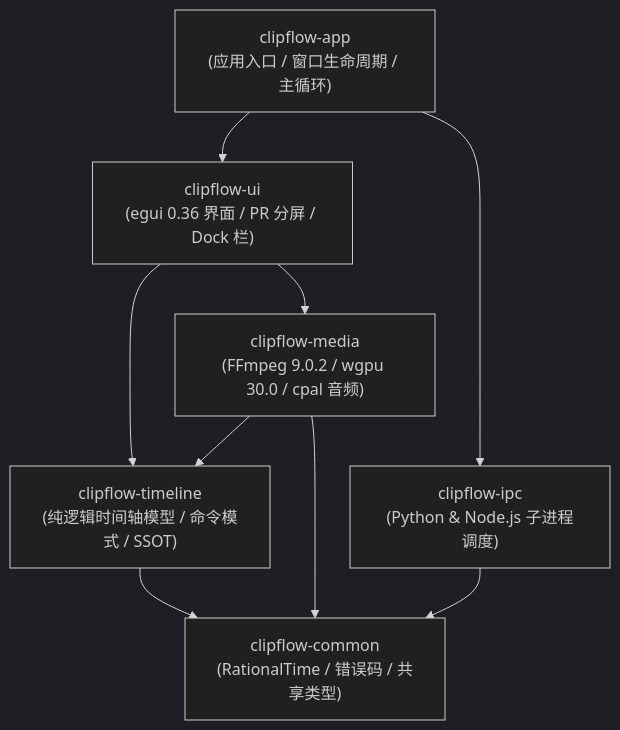
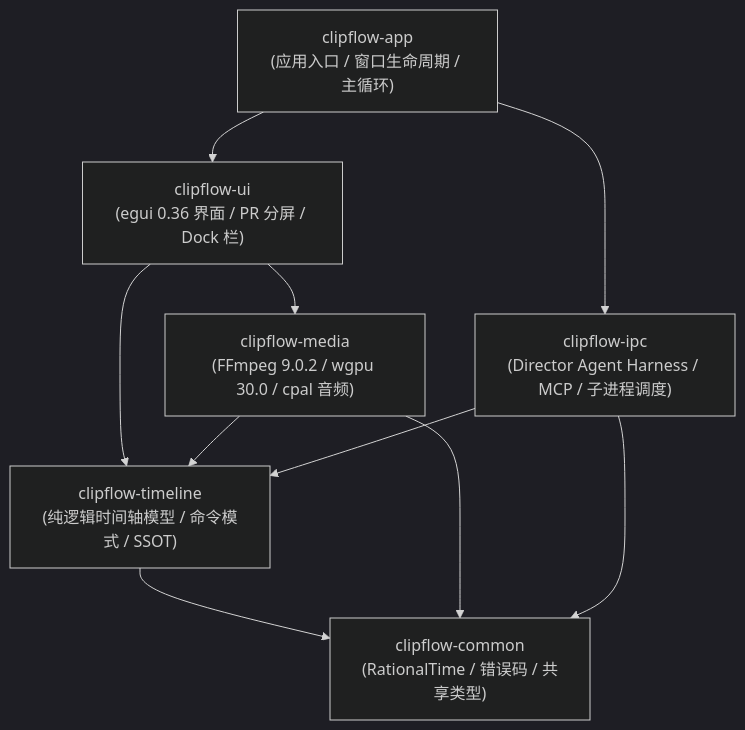
The diagram in docs/codebase-structure.md (qiuku2022/ClipFlow), drawn with Mermaid (dark theme) before and after one commit. The commit also changed other lines of this file and 17 other files, not shown here.

First line of the commit message:
docs: 消除全量开发文档滞后冲突并基于 Agent Harness 重建研发路线图

````diff
--- a/docs/codebase-structure.md
+++ b/docs/codebase-structure.md
@@ -59,18 +59,19 @@
 ```mermaid
 flowchart TD
     App["clipflow-app\n(应用入口 / 窗口生命周期 / 主循环)"]
     UI["clipflow-ui\n(egui 0.36 界面 / PR 分屏 / Dock 栏)"]
     Timeline["clipflow-timeline\n(纯逻辑时间轴模型 / 命令模式 / SSOT)"]
     Media["clipflow-media\n(FFmpeg 9.0.2 / wgpu 30.0 / cpal 音频)"]
-    IPC["clipflow-ipc\n(Python & Node.js 子进程调度)"]
+    IPC["clipflow-ipc\n(Director Agent Harness / MCP / 子进程调度)"]
     Common["clipflow-common\n(RationalTime / 错误码 / 共享类型)"]
 
     App --> UI
     App --> IPC
     UI --> Timeline
     UI --> Media
     Media --> Timeline
+    IPC --> Timeline
     Timeline --> Common
     Media --> Common
     IPC --> Common
 ```
````
